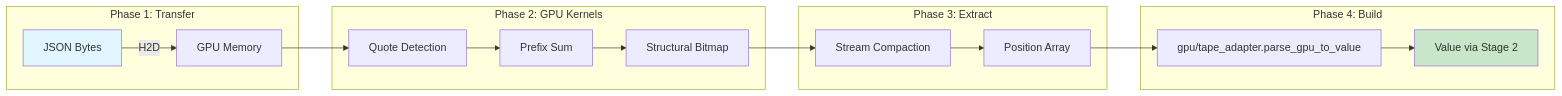
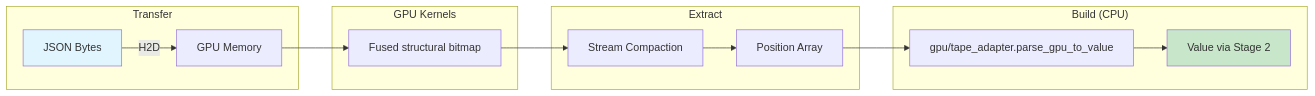
Before and after one commit to triesap/mojo_json: the second of 2 diagrams in docs/architecture.md, drawn with Mermaid. The commit also changed other lines of this file and 32 other files, not shown here.

````diff
--- a/docs/architecture.md
+++ b/docs/architecture.md
@@ -169,25 +163,23 @@
 ```mermaid
 flowchart LR
-    subgraph "Phase 1: Transfer"
+    subgraph "Transfer"
         A[JSON Bytes] -->|H2D| B[GPU Memory]
     end
 
-    subgraph "Phase 2: GPU Kernels"
-        B --> C[Quote Detection]
-        C --> D[Prefix Sum]
-        D --> E[Structural Bitmap]
+    subgraph "GPU Kernels"
+        B --> E[Fused structural bitmap]
     end
 
-    subgraph "Phase 3: Extract"
+    subgraph "Extract"
         E --> F[Stream Compaction]
         F --> G[Position Array]
     end
 
-    subgraph "Phase 4: Build"
+    subgraph "Build (CPU)"
         G --> H[gpu/tape_adapter.parse_gpu_to_value]
         H --> I[Value via Stage 2]
     end
 
     style A fill:#e1f5fe
     style I fill:#c8e6c9
 ```
````
